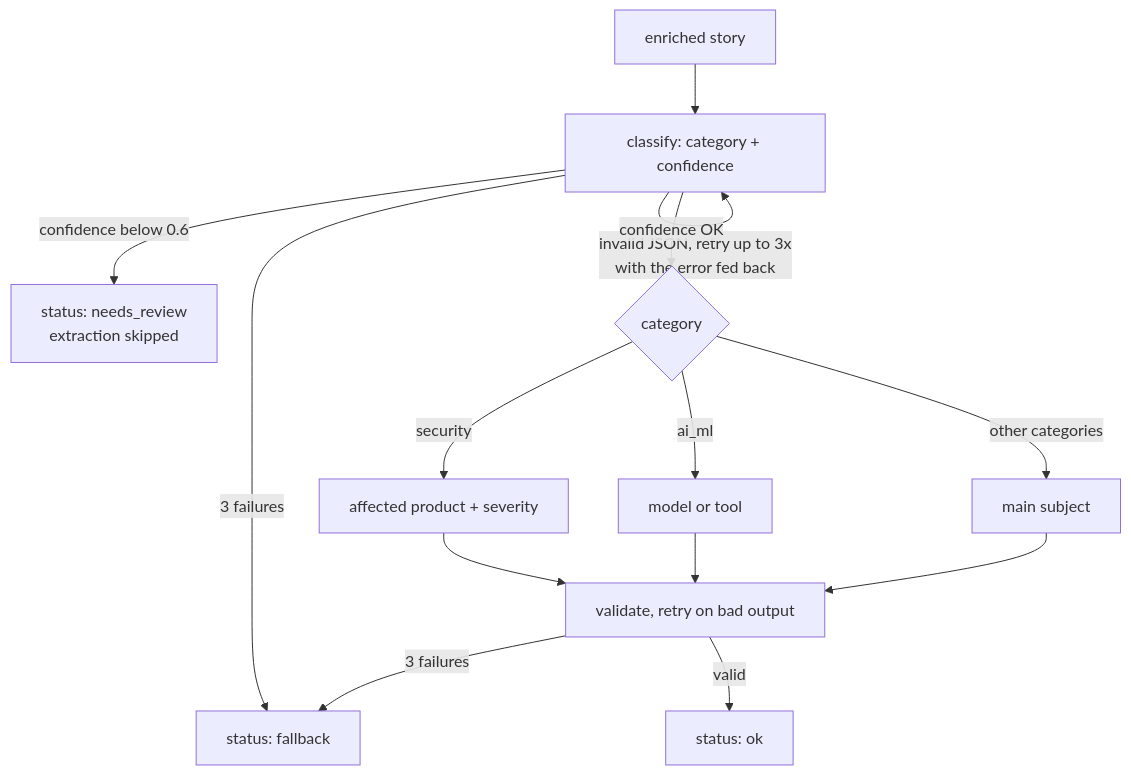
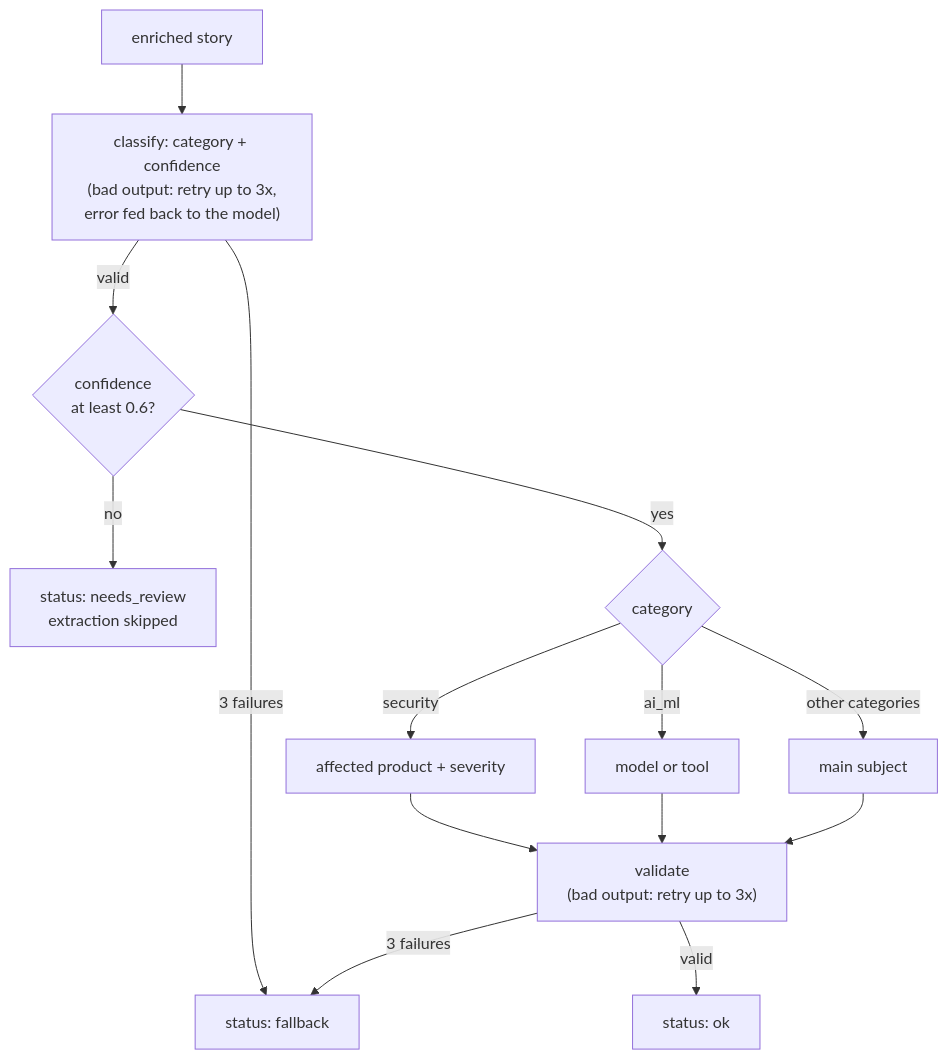
One commit to echen9104/fde-takehome changed the second of 3 diagrams in README.md. Above: the diagram before and after it, drawn with Mermaid. The commit also changed 1 other file, not shown here.

Commit message:
Diagrams: remove retry self-loop and add a confidence check node so labels no longer overlap

````diff
--- a/README.md
+++ b/README.md
@@ -54,16 +54,16 @@
 ```mermaid
 flowchart TD
-    A[enriched story] --> B[classify: category + confidence]
-    B -->|invalid JSON, retry up to 3x<br/>with the error fed back| B
+    A[enriched story] --> B["classify: category + confidence<br/>(bad output: retry up to 3x,<br/>error fed back to the model)"]
     B -->|3 failures| F[status: fallback]
-    B -->|confidence below 0.6| N[status: needs_review<br/>extraction skipped]
-    B -->|confidence OK| X{category}
+    B -->|valid| G{"confidence<br/>at least 0.6?"}
+    G -->|no| N[status: needs_review<br/>extraction skipped]
+    G -->|yes| X{category}
     X -->|security| X1[affected product + severity]
     X -->|ai_ml| X2[model or tool]
     X -->|other categories| X3[main subject]
-    X1 --> V[validate, retry on bad output]
+    X1 --> V["validate<br/>(bad output: retry up to 3x)"]
     X2 --> V
     X3 --> V
     V -->|valid| OK[status: ok]
     V -->|3 failures| F
 ```
````
